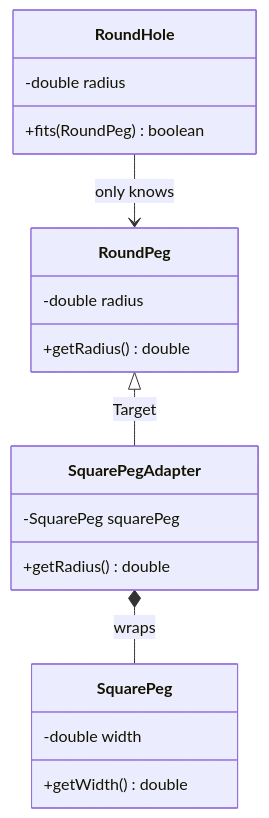
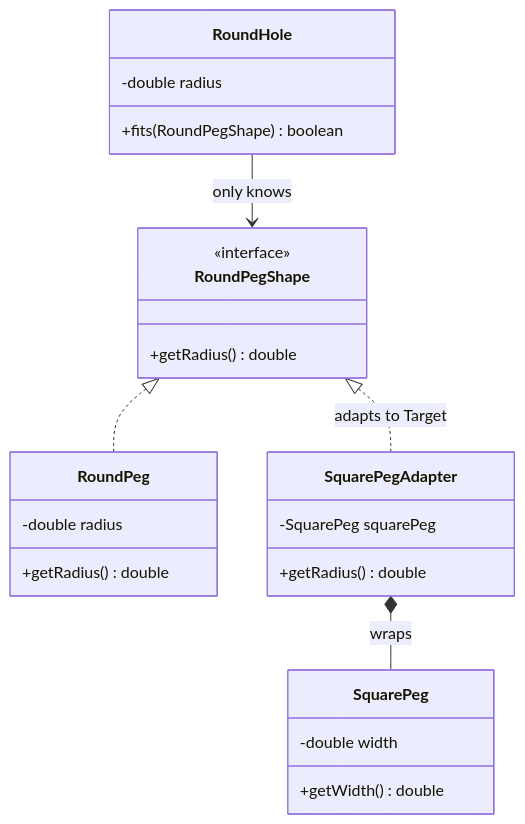
The first of 2 diagrams in src/main/java/com/can/structural/adapter/explain/adapter.md (TunahanCan/design_pattern), drawn with Mermaid before and after one commit. The commit also changed other lines of this file and 34 other files, not shown here.

````diff
--- a/src/main/java/com/can/structural/adapter/explain/adapter.md
+++ b/src/main/java/com/can/structural/adapter/explain/adapter.md
@@ -122,22 +153,27 @@
 ```mermaid
 classDiagram
     class RoundHole {
         -double radius
-        +fits(RoundPeg) boolean
+        +fits(RoundPegShape) boolean
+    }
+    class RoundPegShape {
+        <<interface>>
+        +getRadius() double
     }
     class RoundPeg {
         -double radius
         +getRadius() double
     }
     class SquarePeg {
         -double width
         +getWidth() double
     }
     class SquarePegAdapter {
         -SquarePeg squarePeg
         +getRadius() double
     }
-    RoundPeg <|-- SquarePegAdapter : Target
+    RoundPegShape <|.. RoundPeg
+    RoundPegShape <|.. SquarePegAdapter : adapts to Target
     SquarePegAdapter *-- SquarePeg : wraps
-    RoundHole --> RoundPeg : only knows
+    RoundHole --> RoundPegShape : only knows
 ```
````
